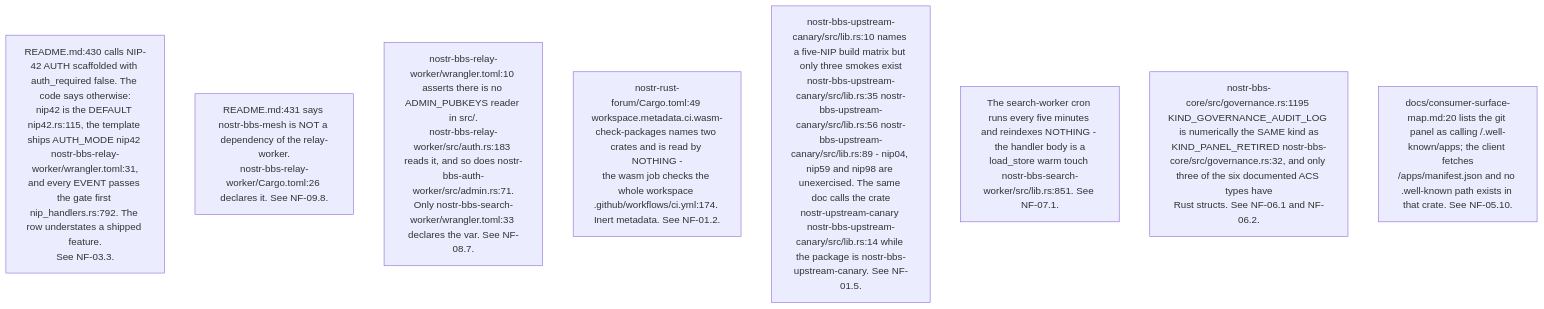
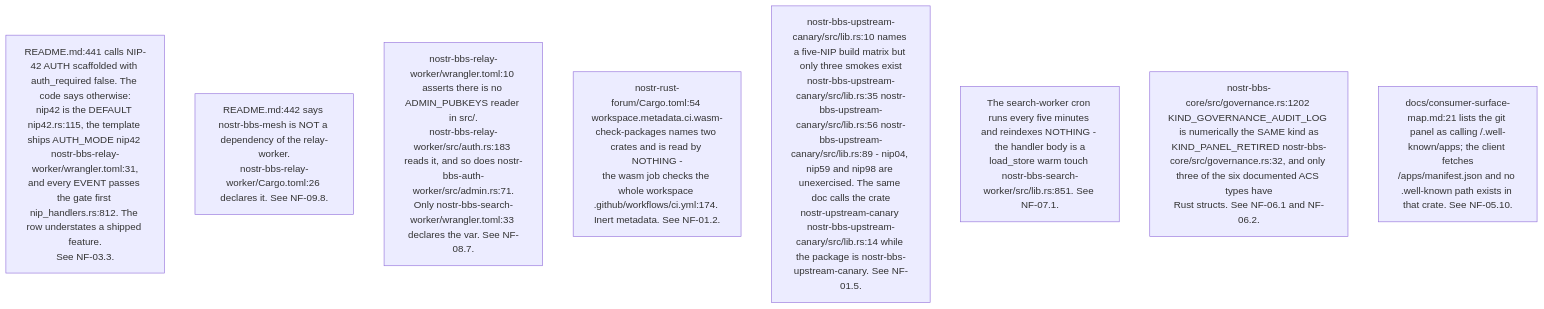
The fifth of 10 diagrams in docs/diagrams/nostr-rust-forum/10-invariants-and-anomaly-register.md (DreamLab-AI/VisionFlow), drawn with Mermaid before and after one commit. The commit also changed other lines of this file and 136 other files, not shown here.

First line of the commit message:
docs(diagrams): refresh the whole corpus to code HEAD and prune low-value diagrams

````diff
--- a/docs/diagrams/nostr-rust-forum/10-invariants-and-anomaly-register.md
+++ b/docs/diagrams/nostr-rust-forum/10-invariants-and-anomaly-register.md
@@ -131,11 +118,11 @@
 ```mermaid
 flowchart TB
-    DD1["README.md:430 calls NIP-42 AUTH scaffolded with auth_required false. The code says otherwise:<br/>nip42 is the DEFAULT nip42.rs:115, the template ships AUTH_MODE nip42 nostr-bbs-relay-worker/wrangler.toml:31,<br/>and every EVENT passes the gate first nip_handlers.rs:792. The row understates a shipped feature.<br/>See NF-03.3."]
-    DD2["README.md:431 says nostr-bbs-mesh is NOT a dependency of the relay-worker.<br/>nostr-bbs-relay-worker/Cargo.toml:26 declares it. See NF-09.8."]
+    DD1["README.md:441 calls NIP-42 AUTH scaffolded with auth_required false. The code says otherwise:<br/>nip42 is the DEFAULT nip42.rs:115, the template ships AUTH_MODE nip42 nostr-bbs-relay-worker/wrangler.toml:31,<br/>and every EVENT passes the gate first nip_handlers.rs:812. The row understates a shipped feature.<br/>See NF-03.3."]
+    DD2["README.md:442 says nostr-bbs-mesh is NOT a dependency of the relay-worker.<br/>nostr-bbs-relay-worker/Cargo.toml:26 declares it. See NF-09.8."]
     DD3["nostr-bbs-relay-worker/wrangler.toml:10 asserts there is no ADMIN_PUBKEYS reader in src/.<br/>nostr-bbs-relay-worker/src/auth.rs:183 reads it, and so does nostr-bbs-auth-worker/src/admin.rs:71.<br/>Only nostr-bbs-search-worker/wrangler.toml:33 declares the var. See NF-08.7."]
-    DD4["nostr-rust-forum/Cargo.toml:49 workspace.metadata.ci.wasm-check-packages names two crates and is read by NOTHING -<br/>the wasm job checks the whole workspace .github/workflows/ci.yml:174. Inert metadata. See NF-01.2."]
+    DD4["nostr-rust-forum/Cargo.toml:54 workspace.metadata.ci.wasm-check-packages names two crates and is read by NOTHING -<br/>the wasm job checks the whole workspace .github/workflows/ci.yml:174. Inert metadata. See NF-01.2."]
     DD5["nostr-bbs-upstream-canary/src/lib.rs:10 names a five-NIP build matrix but only three smokes exist<br/>nostr-bbs-upstream-canary/src/lib.rs:35 nostr-bbs-upstream-canary/src/lib.rs:56 nostr-bbs-upstream-canary/src/lib.rs:89 - nip04, nip59 and nip98 are unexercised. The same doc calls the crate<br/>nostr-upstream-canary nostr-bbs-upstream-canary/src/lib.rs:14 while the package is nostr-bbs-upstream-canary. See NF-01.5."]
     DD6["The search-worker cron runs every five minutes and reindexes NOTHING - the handler body is a<br/>load_store warm touch nostr-bbs-search-worker/src/lib.rs:851. See NF-07.1."]
-    DD7["nostr-bbs-core/src/governance.rs:1195 KIND_GOVERNANCE_AUDIT_LOG is numerically the SAME kind as<br/>KIND_PANEL_RETIRED nostr-bbs-core/src/governance.rs:32, and only three of the six documented ACS types have<br/>Rust structs. See NF-06.1 and NF-06.2."]
-    DD8["docs/consumer-surface-map.md:20 lists the git panel as calling /.well-known/apps; the client fetches<br/>/apps/manifest.json and no .well-known path exists in that crate. See NF-05.10."]
+    DD7["nostr-bbs-core/src/governance.rs:1202 KIND_GOVERNANCE_AUDIT_LOG is numerically the SAME kind as<br/>KIND_PANEL_RETIRED nostr-bbs-core/src/governance.rs:32, and only three of the six documented ACS types have<br/>Rust structs. See NF-06.1 and NF-06.2."]
+    DD8["docs/consumer-surface-map.md:21 lists the git panel as calling /.well-known/apps; the client fetches<br/>/apps/manifest.json and no .well-known path exists in that crate. See NF-05.10."]
 ```
````
